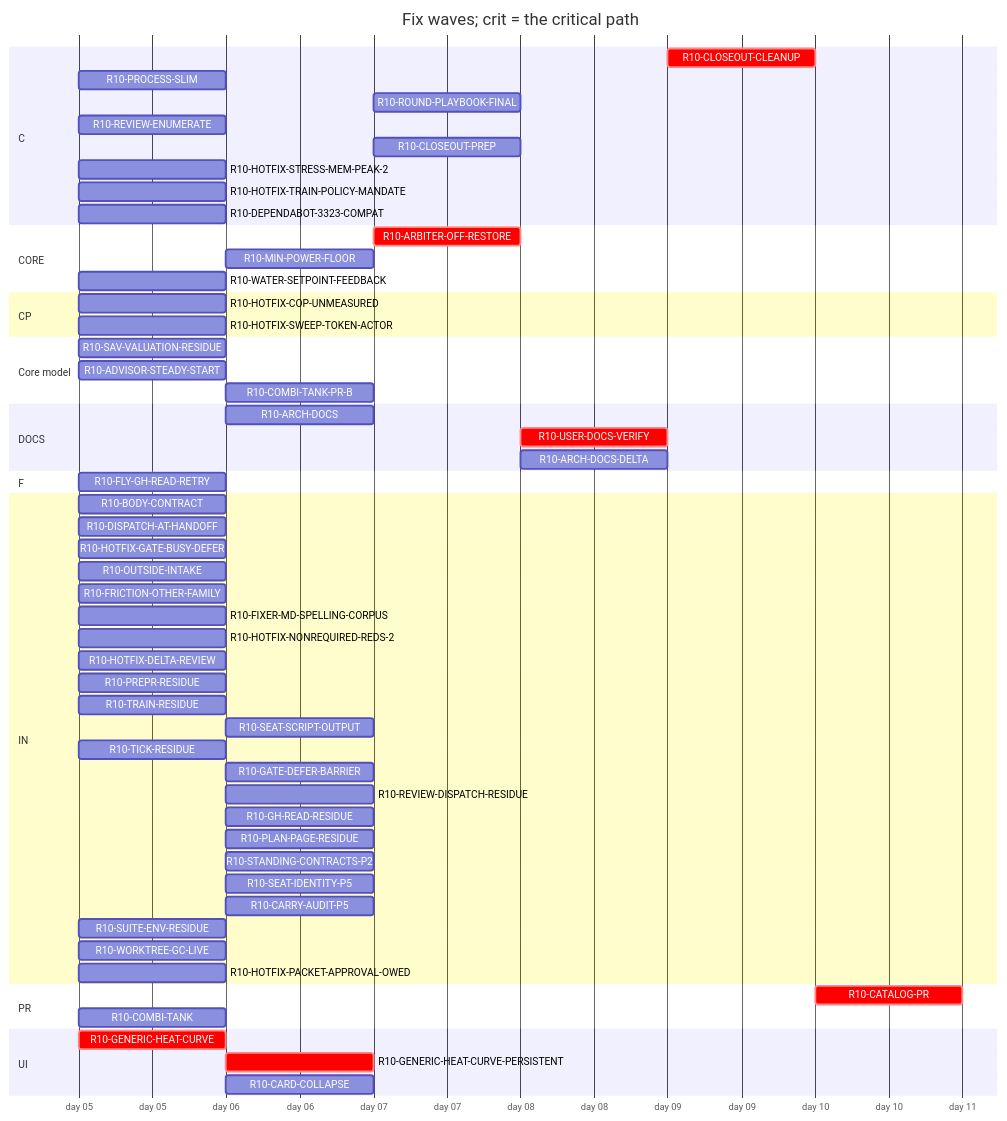
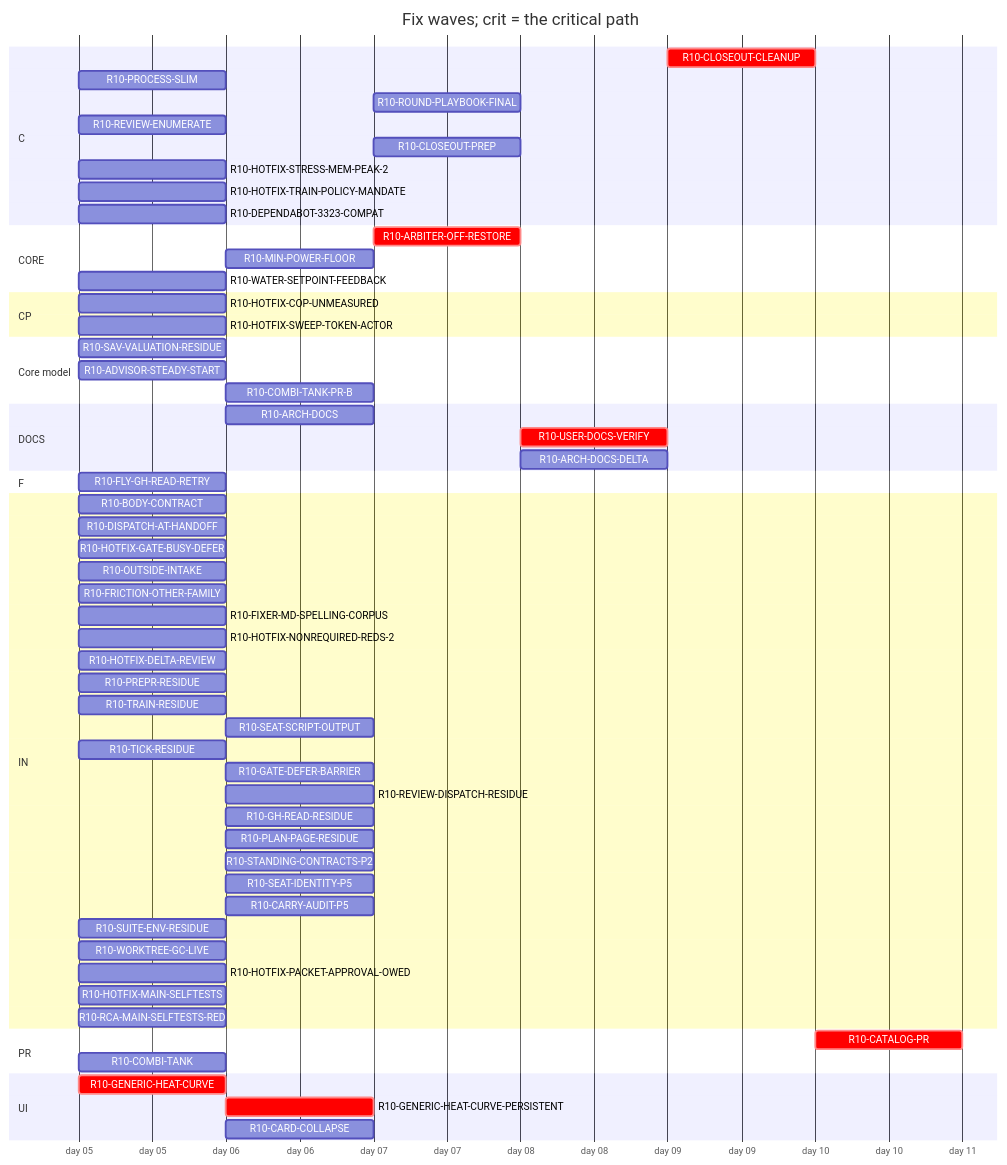
Before and after one commit to tvofi/heatpump_optimizer: the diagram in handoff/round10/state/PLAN-TABLE.md, drawn with Mermaid. The commit also changed other lines of this file and 4 other files, not shown here.

Commit message:
state: FLOW-BOARD.md, NEXT-SESSION-PROMPT.md, PLAN-TABLE.md, PLAN.html, RESUME-CURRENT.md regenerated (state_docs.py)

````diff
--- a/handoff/round10/state/PLAN-TABLE.md
+++ b/handoff/round10/state/PLAN-TABLE.md
@@ -22,62 +22,64 @@
 ```mermaid
 gantt
   title Fix waves; crit = the critical path
   dateFormat YYYY-MM-DD
   axisFormat day %d
   section C
     R10-CLOSEOUT-CLEANUP :crit, r10CLOSEOUTCLEANUP, after r10ARCHDOCS r10USERDOCSVERIFY r10ROUNDPLAYBOOKFINAL r10FRICTIONOTHERFAMILY r10CLOSEOUTPREP r10ARCHDOCSDELTA, 1d
     R10-PROCESS-SLIM :r10PROCESSSLIM, 2026-01-05, 1d
     R10-ROUND-PLAYBOOK-FINAL :r10ROUNDPLAYBOOKFINAL, after r10DISPATCHATHANDOFF r10BODYCONTRACT r10FLYGHREADRETRY r10PROCESSSLIM r10OUTSIDEINTAKE r10FRICTIONOTHERFAMILY r10FIXERMDSPELLINGCORPUS r10PREPRRESIDUE r10SEATSCRIPTOUTPUT r10REVIEWDISPATCHRESIDUE r10CARRYAUDITP5 r10TICKRESIDUE r10SEATIDENTITYP5 r10STANDINGCONTRACTSP2 r10PLANPAGERESIDUE r10TRAINRESIDUE r10GHREADRESIDUE r10SUITEENVRESIDUE r10GATEDEFERBARRIER r10WORKTREEGCLIVE, 1d
     R10-REVIEW-ENUMERATE :r10REVIEWENUMERATE, 2026-01-05, 1d
     R10-CLOSEOUT-PREP :r10CLOSEOUTPREP, after r10ARCHDOCS r10DISPATCHATHANDOFF r10BODYCONTRACT r10FLYGHREADRETRY r10PROCESSSLIM r10OUTSIDEINTAKE r10FRICTIONOTHERFAMILY r10FIXERMDSPELLINGCORPUS r10PREPRRESIDUE r10SEATSCRIPTOUTPUT r10REVIEWDISPATCHRESIDUE r10CARRYAUDITP5 r10TICKRESIDUE r10SEATIDENTITYP5 r10STANDINGCONTRACTSP2 r10PLANPAGERESIDUE r10TRAINRESIDUE r10GHREADRESIDUE r10SUITEENVRESIDUE r10GATEDEFERBARRIER r10WORKTREEGCLIVE, 1d
     R10-HOTFIX-STRESS-MEM-PEAK-2 :r10HOTFIXSTRESSMEMPEAK2, 2026-01-05, 1d
     R10-HOTFIX-TRAIN-POLICY-MANDATE :r10HOTFIXTRAINPOLICYMANDATE, 2026-01-05, 1d
     R10-DEPENDABOT-3323-COMPAT :r10DEPENDABOT3323COMPAT, 2026-01-05, 1d
   section CORE
     R10-ARBITER-OFF-RESTORE :crit, r10ARBITEROFFRESTORE, after r10GENERICHEATCURVE r10GENERICHEATCURVEPERSISTENT r10WATERSETPOINTFEEDBACK, 1d
     R10-MIN-POWER-FLOOR :r10MINPOWERFLOOR, after r10HOTFIXCOPUNMEASURED r10GENERICHEATCURVE, 1d
     R10-WATER-SETPOINT-FEEDBACK :r10WATERSETPOINTFEEDBACK, 2026-01-05, 1d
   section CP
     R10-HOTFIX-COP-UNMEASURED :r10HOTFIXCOPUNMEASURED, 2026-01-05, 1d
     R10-HOTFIX-SWEEP-TOKEN-ACTOR :r10HOTFIXSWEEPTOKENACTOR, 2026-01-05, 1d
   section Core model
     R10-SAV-VALUATION-RESIDUE :r10SAVVALUATIONRESIDUE, 2026-01-05, 1d
     R10-ADVISOR-STEADY-START :r10ADVISORSTEADYSTART, 2026-01-05, 1d
     R10-COMBI-TANK-PR-B :r10COMBITANKPRB, after r10COMBITANK, 1d
   section DOCS
     R10-ARCH-DOCS :r10ARCHDOCS, after r10DISPATCHATHANDOFF r10BODYCONTRACT r10FLYGHREADRETRY r10PROCESSSLIM r10OUTSIDEINTAKE r10FRICTIONOTHERFAMILY, 1d
     R10-USER-DOCS-VERIFY :crit, r10USERDOCSVERIFY, after r10HOTFIXCOPUNMEASURED r10GENERICHEATCURVE r10GENERICHEATCURVEPERSISTENT r10ARBITEROFFRESTORE r10COMBITANK r10MINPOWERFLOOR, 1d
     R10-ARCH-DOCS-DELTA :r10ARCHDOCSDELTA, after r10ARCHDOCS r10HOTFIXCOPUNMEASURED r10GENERICHEATCURVE r10GENERICHEATCURVEPERSISTENT r10ARBITEROFFRESTORE r10COMBITANK r10MINPOWERFLOOR r10SAVVALUATIONRESIDUE r10ADVISORSTEADYSTART r10COMBITANKPRB, 1d
   section F
     R10-FLY-GH-READ-RETRY :r10FLYGHREADRETRY, 2026-01-05, 1d
   section IN
     R10-BODY-CONTRACT :r10BODYCONTRACT, 2026-01-05, 1d
     R10-DISPATCH-AT-HANDOFF :r10DISPATCHATHANDOFF, 2026-01-05, 1d
     R10-HOTFIX-GATE-BUSY-DEFER :r10HOTFIXGATEBUSYDEFER, 2026-01-05, 1d
     R10-OUTSIDE-INTAKE :r10OUTSIDEINTAKE, 2026-01-05, 1d
     R10-FRICTION-OTHER-FAMILY :r10FRICTIONOTHERFAMILY, 2026-01-05, 1d
     R10-FIXER-MD-SPELLING-CORPUS :r10FIXERMDSPELLINGCORPUS, 2026-01-05, 1d
     R10-HOTFIX-NONREQUIRED-REDS-2 :r10HOTFIXNONREQUIREDREDS2, 2026-01-05, 1d
     R10-HOTFIX-DELTA-REVIEW :r10HOTFIXDELTAREVIEW, 2026-01-05, 1d
     R10-PREPR-RESIDUE :r10PREPRRESIDUE, 2026-01-05, 1d
     R10-TRAIN-RESIDUE :r10TRAINRESIDUE, 2026-01-05, 1d
     R10-SEAT-SCRIPT-OUTPUT :r10SEATSCRIPTOUTPUT, after r10TRAINRESIDUE, 1d
     R10-TICK-RESIDUE :r10TICKRESIDUE, 2026-01-05, 1d
     R10-GATE-DEFER-BARRIER :r10GATEDEFERBARRIER, after r10TRAINRESIDUE r10TICKRESIDUE, 1d
     R10-REVIEW-DISPATCH-RESIDUE :r10REVIEWDISPATCHRESIDUE, after r10DISPATCHATHANDOFF r10REVIEWENUMERATE r10HOTFIXDELTAREVIEW r10PROCESSSLIM, 1d
     R10-GH-READ-RESIDUE :r10GHREADRESIDUE, after r10FLYGHREADRETRY, 1d
     R10-PLAN-PAGE-RESIDUE :r10PLANPAGERESIDUE, after r10OUTSIDEINTAKE, 1d
     R10-STANDING-CONTRACTS-P2 :r10STANDINGCONTRACTSP2, after r10FIXERMDSPELLINGCORPUS, 1d
     R10-SEAT-IDENTITY-P5 :r10SEATIDENTITYP5, after r10TICKRESIDUE, 1d
     R10-CARRY-AUDIT-P5 :r10CARRYAUDITP5, after r10BODYCONTRACT, 1d
     R10-SUITE-ENV-RESIDUE :r10SUITEENVRESIDUE, 2026-01-05, 1d
     R10-WORKTREE-GC-LIVE :r10WORKTREEGCLIVE, 2026-01-05, 1d
     R10-HOTFIX-PACKET-APPROVAL-OWED :r10HOTFIXPACKETAPPROVALOWED, 2026-01-05, 1d
+    R10-HOTFIX-MAIN-SELFTESTS :r10HOTFIXMAINSELFTESTS, 2026-01-05, 1d
+    R10-RCA-MAIN-SELFTESTS-RED :r10RCAMAINSELFTESTSRED, 2026-01-05, 1d
   section PR
     R10-CATALOG-PR :crit, r10CATALOGPR, after r10USERDOCSVERIFY r10ARCHDOCS r10ROUNDPLAYBOOKFINAL r10CLOSEOUTCLEANUP r10CLOSEOUTPREP r10ARCHDOCSDELTA, 1d
     R10-COMBI-TANK :r10COMBITANK, 2026-01-05, 1d
   section UI
     R10-GENERIC-HEAT-CURVE :crit, r10GENERICHEATCURVE, 2026-01-05, 1d
     R10-GENERIC-HEAT-CURVE-PERSISTENT :crit, r10GENERICHEATCURVEPERSISTENT, after r10GENERICHEATCURVE, 1d
     R10-CARD-COLLAPSE :r10CARDCOLLAPSE, after r10HOTFIXCOPUNMEASURED, 1d
 ```
````
